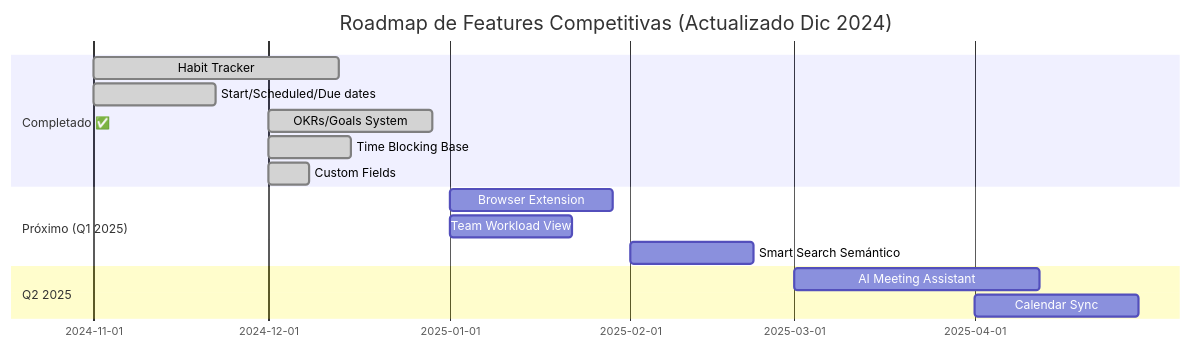
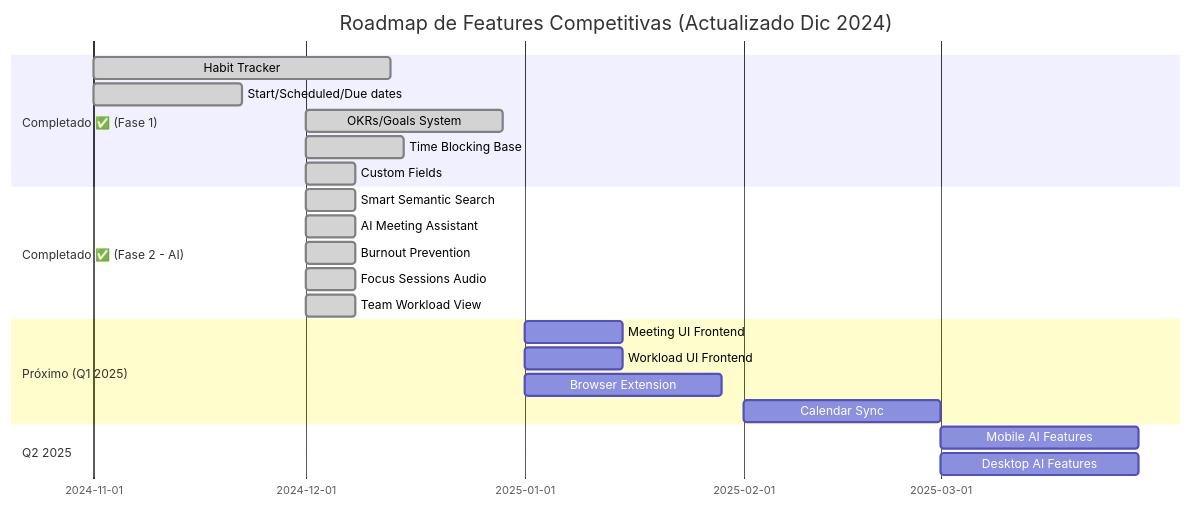
The diagram in docs/mejoras-competencia/COMPETITIVE-ANALYSIS.md (tiagofur/ordo-todo), drawn with Mermaid before and after one commit. The commit also changed other lines of this file and 60 other files, not shown here.

Commit message:
feat: Introduce AI-powered productivity enhancements, focus mode, smart search, meeting management, collaboration tools, and internationalization.

````diff
--- a/docs/mejoras-competencia/COMPETITIVE-ANALYSIS.md
+++ b/docs/mejoras-competencia/COMPETITIVE-ANALYSIS.md
@@ -284,18 +303,29 @@
 ```mermaid
 gantt
     title Roadmap de Features Competitivas (Actualizado Dic 2024)
     dateFormat  YYYY-MM
-    section Completado ✅
+    
+    section Completado ✅ (Fase 1)
     Habit Tracker           :done, 2024-11, 6w
     Start/Scheduled/Due dates:done, 2024-11, 3w
     OKRs/Goals System       :done, 2024-12, 4w
     Time Blocking Base      :done, 2024-12, 2w
     Custom Fields           :done, 2024-12, 1w
+    
+    section Completado ✅ (Fase 2 - AI)
+    Smart Semantic Search   :done, 2024-12, 1w
+    AI Meeting Assistant    :done, 2024-12, 1w
+    Burnout Prevention      :done, 2024-12, 1w
+    Focus Sessions Audio    :done, 2024-12, 1w
+    Team Workload View      :done, 2024-12, 1w
+    
     section Próximo (Q1 2025)
+    Meeting UI Frontend     :2025-01, 2w
+    Workload UI Frontend    :2025-01, 2w
     Browser Extension       :2025-01, 4w
-    Team Workload View      :2025-01, 3w
-    Smart Search Semántico  :2025-02, 3w
+    Calendar Sync           :2025-02, 4w
+    
     section Q2 2025
-    AI Meeting Assistant    :2025-03, 6w
-    Calendar Sync           :2025-04, 4w
+    Mobile AI Features      :2025-03, 4w
+    Desktop AI Features     :2025-03, 4w
 ```
````
